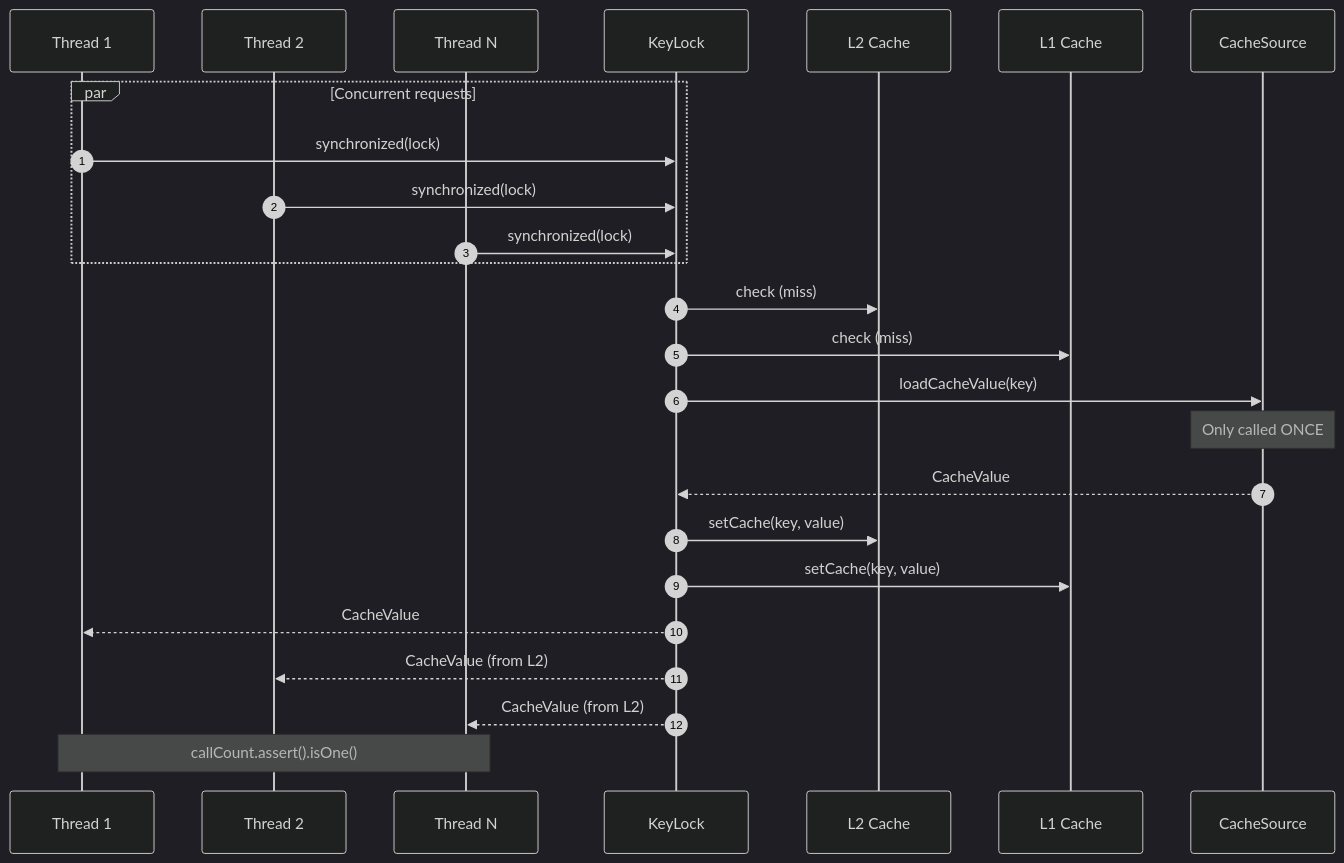
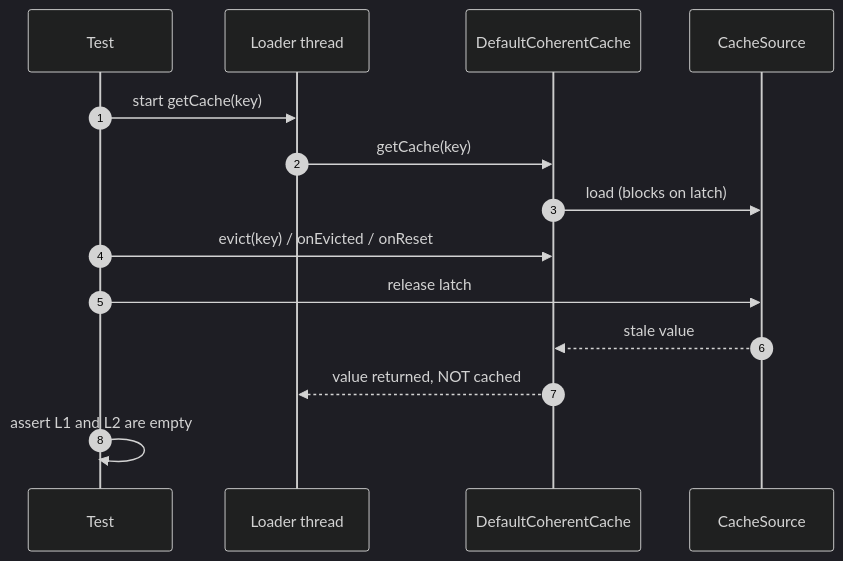
The second of 2 diagrams in wiki/testing/index.md (Ahoo-Wang/CoCache), drawn with Mermaid (dark theme) before and after one commit. The commit also changed other lines of this file and 256 other files, not shown here.

````diff
--- a/wiki/testing/index.md
+++ b/wiki/testing/index.md
@@ -204,31 +102,17 @@
 ```mermaid
 sequenceDiagram
 autonumber
-    participant T1 as Thread 1
-    participant T2 as Thread 2
-    participant TN as Thread N
-    participant Lock as KeyLock
-    participant L2 as L2 Cache
-    participant L1 as L1 Cache
-    participant L0 as CacheSource
+    participant Test
+    participant Loader as Loader thread
+    participant Cache as DefaultCoherentCache
+    participant Src as CacheSource
 
-    par Concurrent requests
-        T1->>Lock: synchronized(lock)
-        T2->>Lock: synchronized(lock)
-        TN->>Lock: synchronized(lock)
-    end
-
-    Lock->>L2: check (miss)
-    Lock->>L1: check (miss)
-    Lock->>L0: loadCacheValue(key)
-    Note over L0: Only called ONCE
-    L0-->>Lock: CacheValue
-    Lock->>L2: setCache(key, value)
-    Lock->>L1: setCache(key, value)
-    Lock-->>T1: CacheValue
-    Lock-->>T2: CacheValue (from L2)
-    Lock-->>TN: CacheValue (from L2)
-
-    Note over T1,TN: callCount.assert().isOne()
-
+    Test->>Loader: start getCache(key)
+    Loader->>Cache: getCache(key)
+    Cache->>Src: load (blocks on latch)
+    Test->>Cache: evict(key) / onEvicted / onReset
+    Test->>Src: release latch
+    Src-->>Cache: stale value
+    Cache-->>Loader: value returned, NOT cached
+    Test->>Test: assert L1 and L2 are empty
 ```
````
